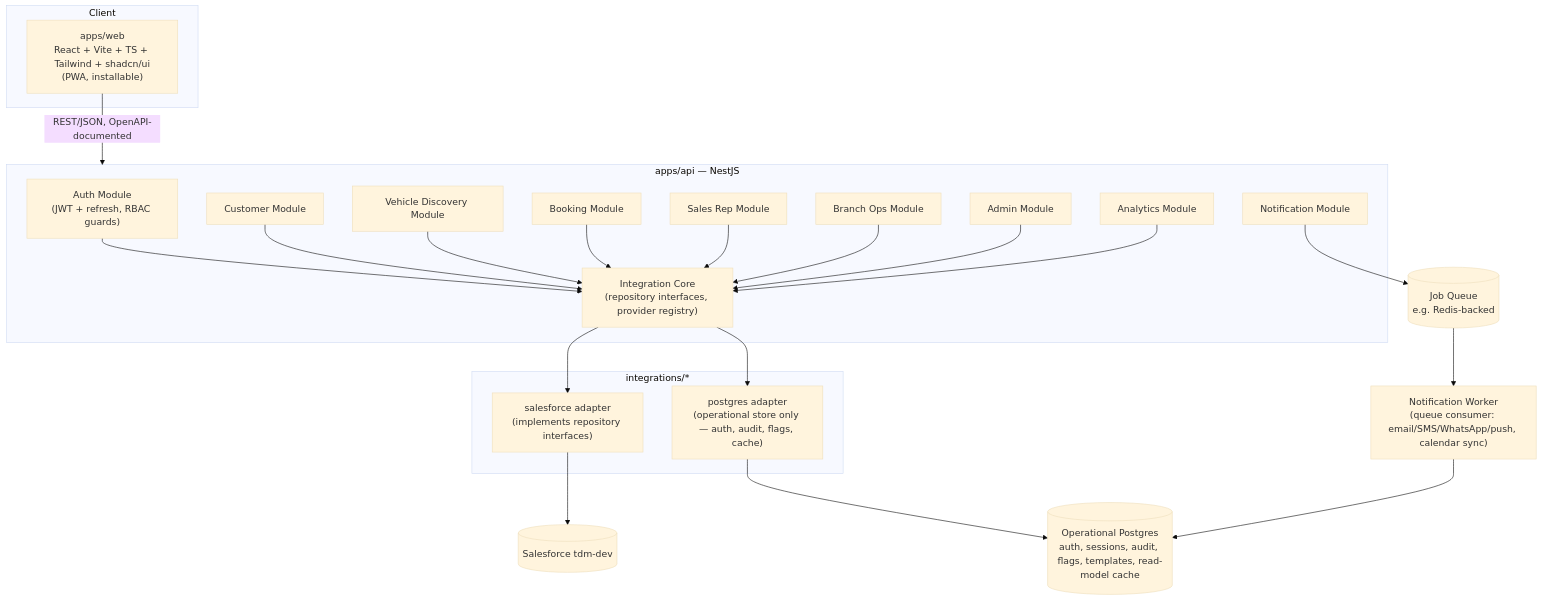
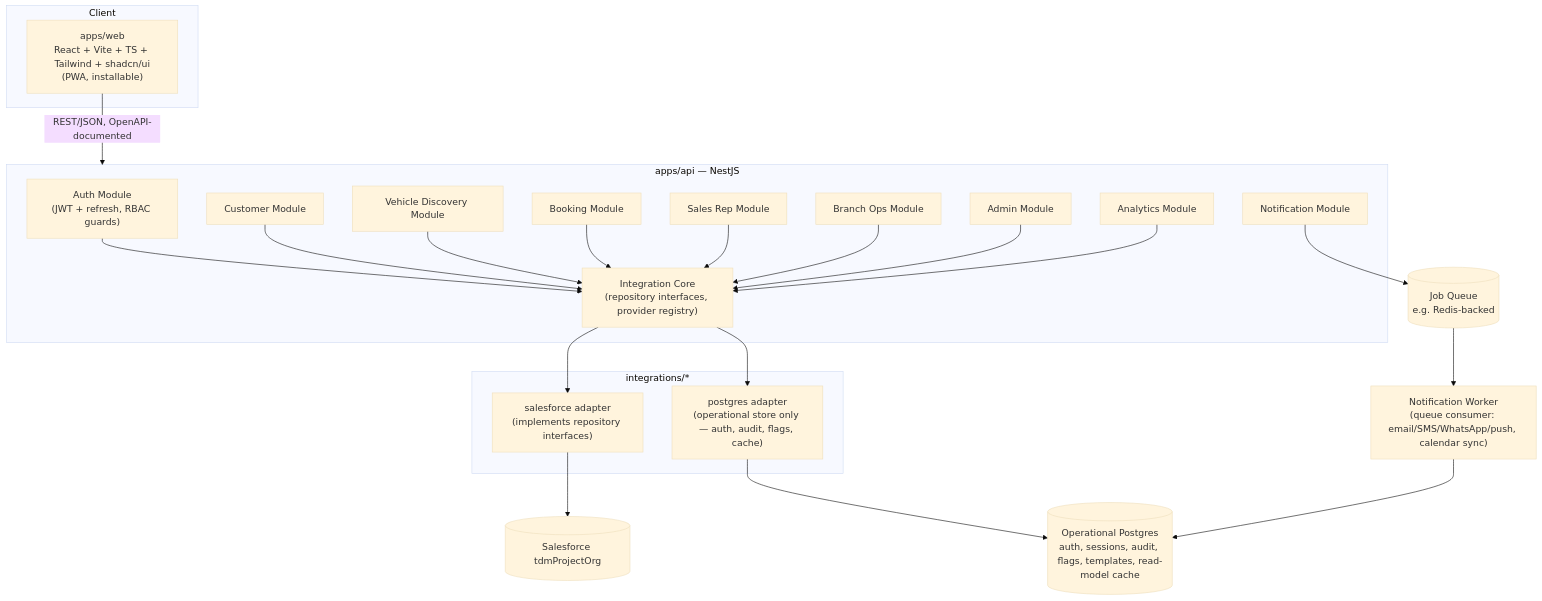
One commit to VishalBhatt2411/TDM-Project changed the second of 2 diagrams in docs/06-system-architecture.md. Above: the diagram before and after it, drawn with Mermaid (base theme). The commit also changed other lines of this file and 258 other files, not shown here.

````diff
--- a/docs/06-system-architecture.md
+++ b/docs/06-system-architecture.md
@@ -38,46 +38,46 @@
 ```mermaid
 graph TB
     subgraph Client
         Web["apps/web<br/>React + Vite + TS + Tailwind + shadcn/ui<br/>(PWA, installable)"]
     end
 
     subgraph API["apps/api — NestJS"]
         AuthMod["Auth Module<br/>(JWT + refresh, RBAC guards)"]
         CustomerMod["Customer Module"]
         VehicleMod["Vehicle Discovery Module"]
         BookingMod["Booking Module"]
         RepMod["Sales Rep Module"]
         BranchMod["Branch Ops Module"]
         AdminMod["Admin Module"]
         AnalyticsMod["Analytics Module"]
         NotifMod["Notification Module"]
         IntegrationCore["Integration Core<br/>(repository interfaces, provider registry)"]
     end
 
     subgraph Integrations["integrations/*"]
         SFAdapter["salesforce adapter<br/>(implements repository interfaces)"]
         PgAdapter["postgres adapter<br/>(operational store only — auth, audit, flags, cache)"]
     end
 
     Worker["Notification Worker<br/>(queue consumer: email/SMS/WhatsApp/push, calendar sync)"]
     Queue[("Job Queue<br/>e.g. Redis-backed")]
     OpDB[("Operational Postgres<br/>auth, sessions, audit, flags, templates, read-model cache")]
-    SFOrg[("Salesforce tdm-dev")]
+    SFOrg[("Salesforce tdmProjectOrg")]
 
     Web -->|REST/JSON, OpenAPI-documented| API
     AuthMod --> IntegrationCore
     CustomerMod --> IntegrationCore
     VehicleMod --> IntegrationCore
     BookingMod --> IntegrationCore
     RepMod --> IntegrationCore
     BranchMod --> IntegrationCore
     AdminMod --> IntegrationCore
     AnalyticsMod --> IntegrationCore
     IntegrationCore --> SFAdapter
     IntegrationCore --> PgAdapter
     SFAdapter --> SFOrg
     PgAdapter --> OpDB
     NotifMod --> Queue
     Queue --> Worker
     Worker --> OpDB
 ```
````
